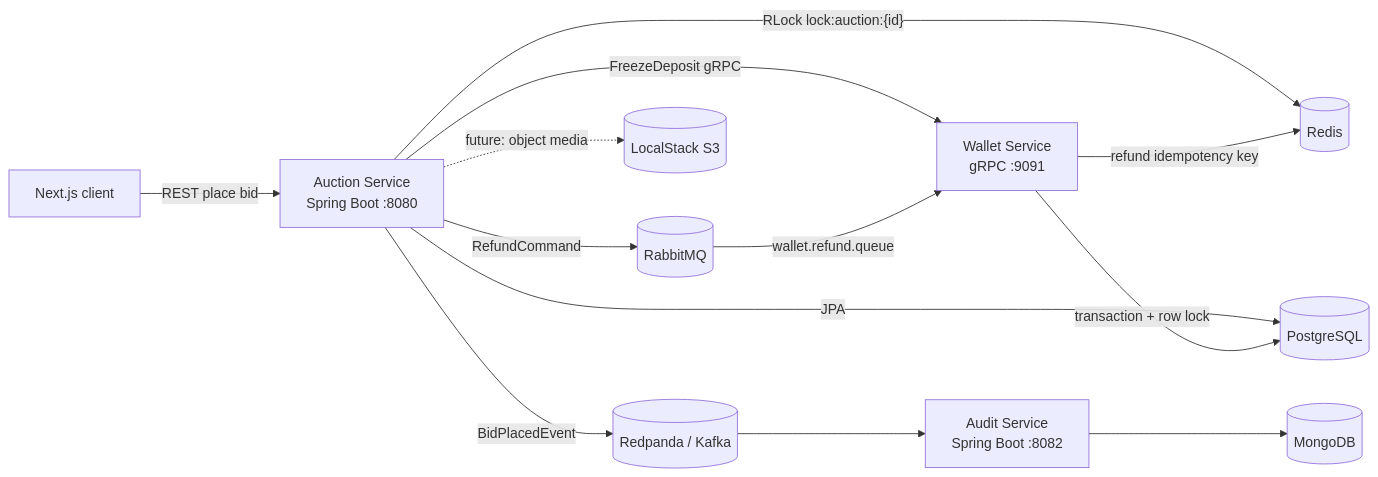
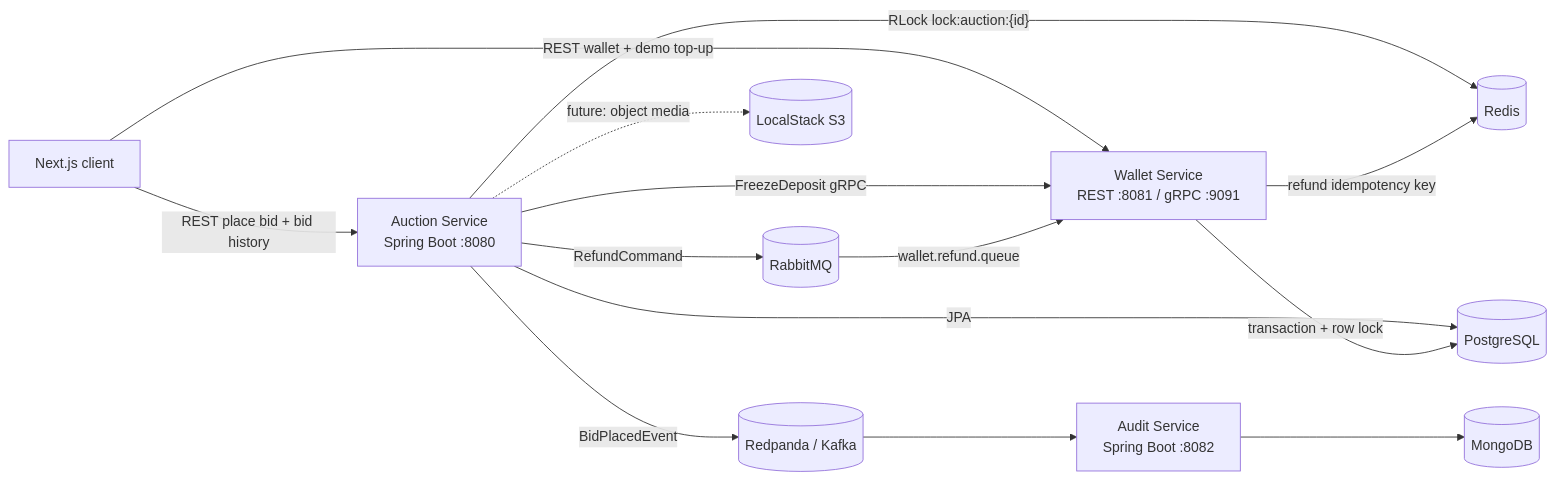
One commit to okuminhphen/omnibid changed the first of 3 diagrams in README.md. Above: the diagram before and after it, drawn with Mermaid. The commit also changed other lines of this file and 53 other files, not shown here.

````diff
--- a/README.md
+++ b/README.md
@@ -9,26 +9,27 @@
 ```mermaid
 flowchart LR
     Browser["Next.js client"]
     Auction["Auction Service<br/>Spring Boot :8080"]
-    Wallet["Wallet Service<br/>gRPC :9091"]
+    Wallet["Wallet Service<br/>REST :8081 / gRPC :9091"]
     Audit["Audit Service<br/>Spring Boot :8082"]
     PG[("PostgreSQL")]
     Redis[("Redis")]
     Kafka[("Redpanda / Kafka")]
     Rabbit[("RabbitMQ")]
     Mongo[("MongoDB")]
     S3[("LocalStack S3")]
 
-    Browser -->|"REST place bid"| Auction
+    Browser -->|"REST place bid + bid history"| Auction
+    Browser -->|"REST wallet + demo top-up"| Wallet
     Auction -->|"RLock lock:auction:{id}"| Redis
     Auction -->|"JPA"| PG
     Auction -->|"FreezeDeposit gRPC"| Wallet
     Wallet -->|"transaction + row lock"| PG
     Wallet -->|"refund idempotency key"| Redis
     Auction -->|"BidPlacedEvent"| Kafka
     Kafka --> Audit
     Audit --> Mongo
     Auction -->|"RefundCommand"| Rabbit
     Rabbit -->|"wallet.refund.queue"| Wallet
     Auction -. "future: object media" .-> S3
 ```
````
